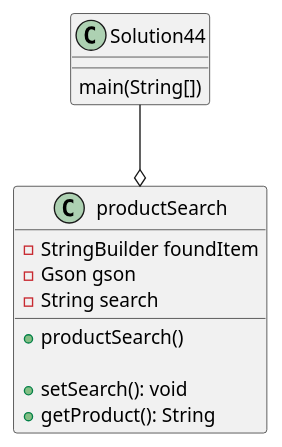
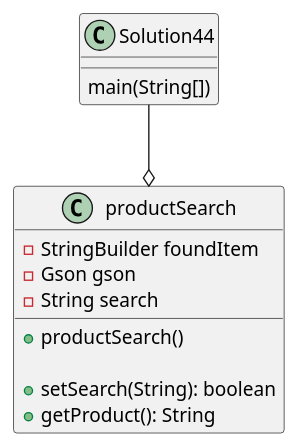
The diagram in exercise44/docs/Solution44.puml (Cesar-Hernandez-1/hernandez-a04), drawn with PlantUML before and after one commit. The commit also changed 5 other files, not shown here.

Commit message:
Updated minor comments, code, UML Diagram, and test cases exercise44

```diff
--- a/exercise44/docs/Solution44.puml
+++ b/exercise44/docs/Solution44.puml
@@ -1,23 +1,23 @@
 @startuml
 class Solution44{
     main(String[])
     'productSearch app = new productSearch()
     'app.setSearch()
     'app.getProduct()
 }
 
 class productSearch{
     'attributes
     - StringBuilder foundItem
     - Gson gson
     - String search
 
     'methods
     + productSearch()
 
-    + setSearch(): void
+    + setSearch(String): boolean
     + getProduct(): String
 }
 
 Solution44 --o productSearch
 @enduml
```
